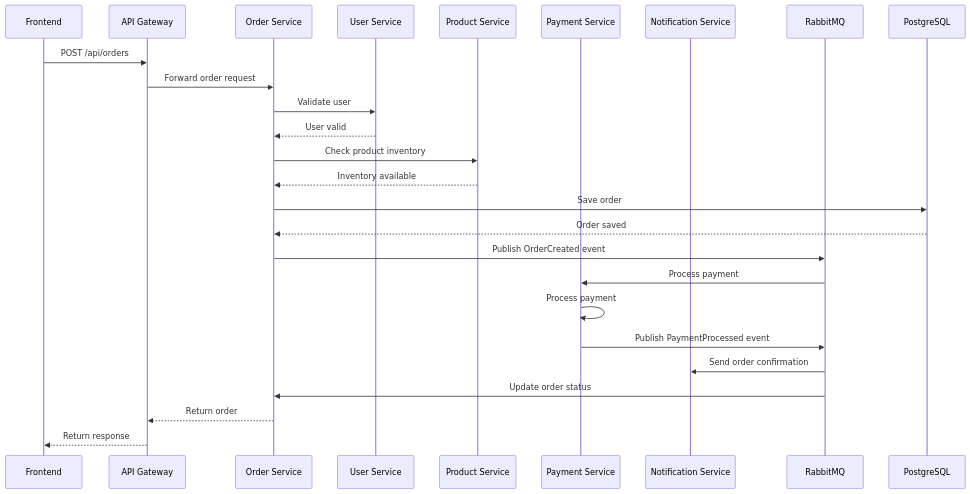
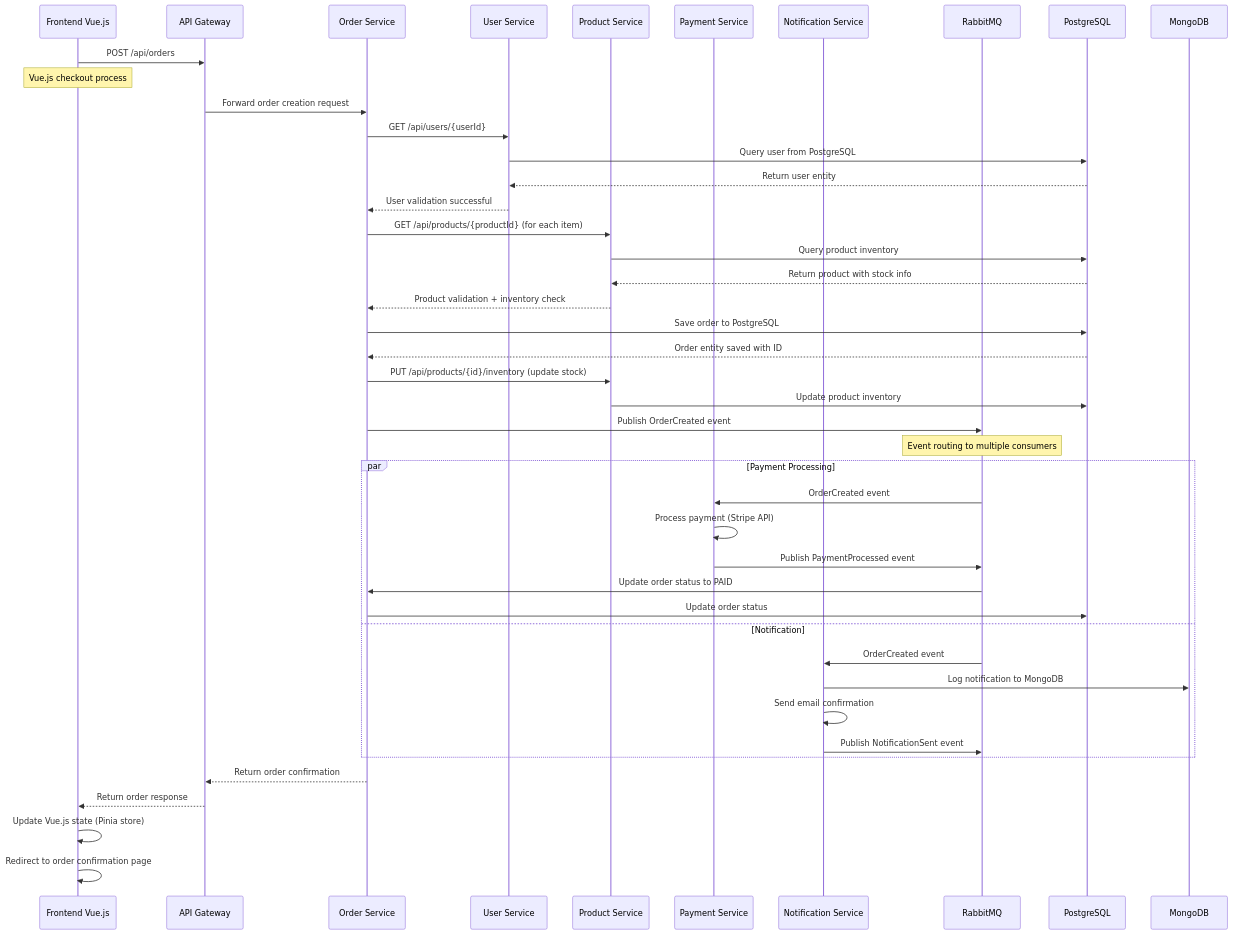
One commit to ahnguyentran98/study-microservice changed the fourth of 6 diagrams in SERVICES_FLOW.md. Above: the diagram before and after it, drawn with Mermaid. The commit also changed other lines of this file and 3 other files, not shown here.

````diff
--- a/SERVICES_FLOW.md
+++ b/SERVICES_FLOW.md
@@ -193,29 +313,57 @@
 ```mermaid
 sequenceDiagram
-    participant F as Frontend
+    participant F as Frontend Vue.js
     participant G as API Gateway
     participant O as Order Service
     participant U as User Service
     participant P as Product Service
     participant Pay as Payment Service
     participant N as Notification Service
     participant MQ as RabbitMQ
-    participant DB as PostgreSQL
+    participant PG as PostgreSQL
+    participant MDB as MongoDB
     
     F->>G: POST /api/orders
-    G->>O: Forward order request
-    O->>U: Validate user
-    U-->>O: User valid
-    O->>P: Check product inventory
-    P-->>O: Inventory available
-    O->>DB: Save order
-    DB-->>O: Order saved
+    Note over F: Vue.js checkout process
+    G->>O: Forward order creation request
+    
+    # Synchronous validation phase
+    O->>U: GET /api/users/{userId}
+    U->>PG: Query user from PostgreSQL
+    PG-->>U: Return user entity
+    U-->>O: User validation successful
+    
+    O->>P: GET /api/products/{productId} (for each item)
+    P->>PG: Query product inventory
+    PG-->>P: Return product with stock info
+    P-->>O: Product validation + inventory check
+    
+    # Order creation phase
+    O->>PG: Save order to PostgreSQL
+    PG-->>O: Order entity saved with ID
+    
+    O->>P: PUT /api/products/{id}/inventory (update stock)
+    P->>PG: Update product inventory
+    
+    # Asynchronous event-driven phase
     O->>MQ: Publish OrderCreated event
-    MQ->>Pay: Process payment
-    Pay->>Pay: Process payment
-    Pay->>MQ: Publish PaymentProcessed event
-    MQ->>N: Send order confirmation
-    MQ->>O: Update order status
-    O-->>G: Return order
-    G-->>F: Return response
+    Note over MQ: Event routing to multiple consumers
+    
+    par Payment Processing
+        MQ->>Pay: OrderCreated event
+        Pay->>Pay: Process payment (Stripe API)
+        Pay->>MQ: Publish PaymentProcessed event
+        MQ->>O: Update order status to PAID
+        O->>PG: Update order status
+    and Notification
+        MQ->>N: OrderCreated event
+        N->>MDB: Log notification to MongoDB
+        N->>N: Send email confirmation
+        N->>MQ: Publish NotificationSent event
+    end
+    
+    O-->>G: Return order confirmation
+    G-->>F: Return order response
+    F->>F: Update Vue.js state (Pinia store)
+    F->>F: Redirect to order confirmation page
 ```
````
